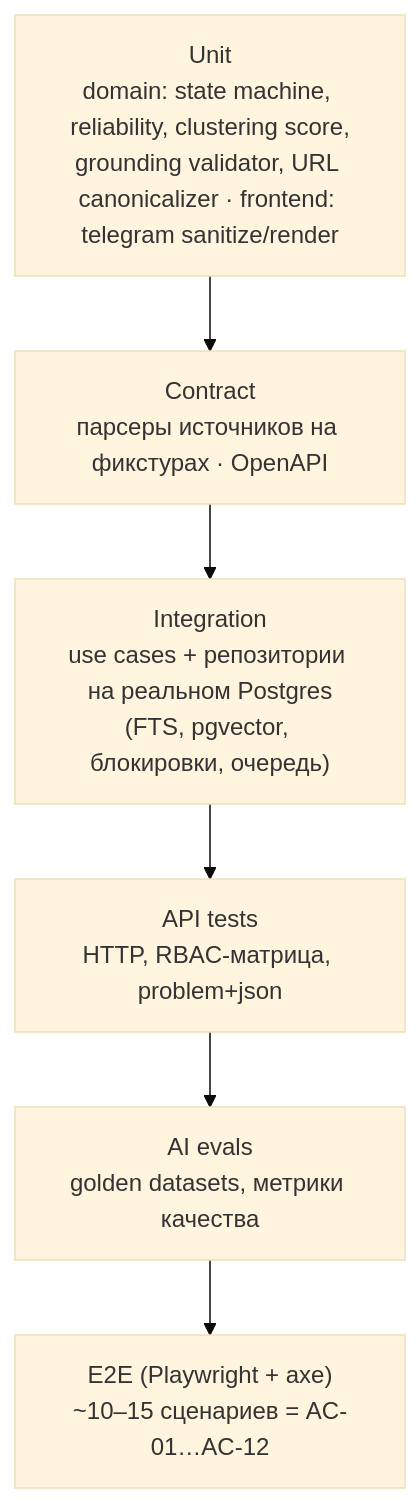
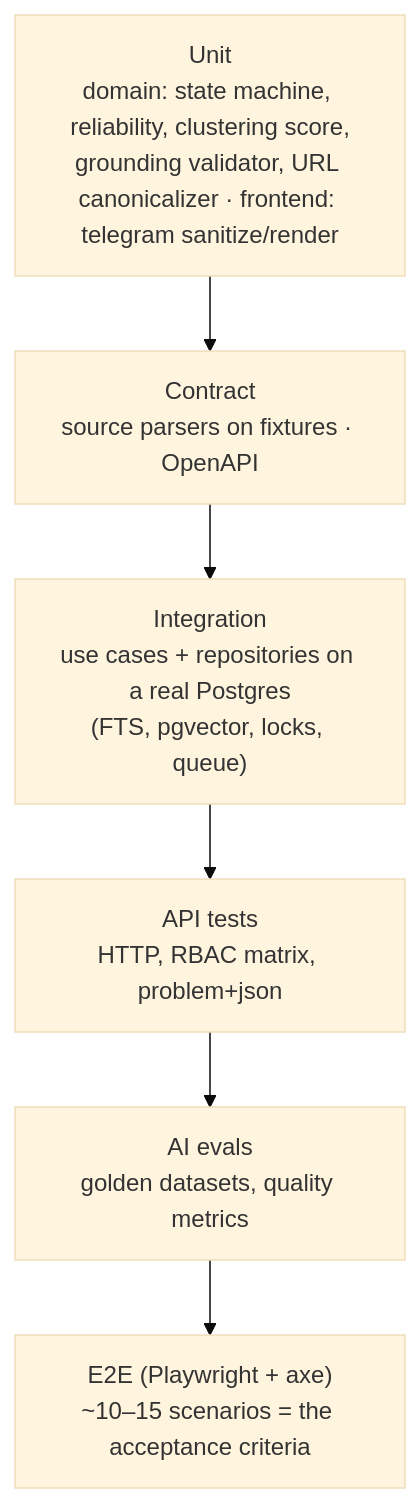
Before and after one commit to notLeri/sportintel: diagram 13 of 13 in docs/ARCHITECTURE.md, drawn with Mermaid (base theme). The commit also changed other lines of this file and 13 other files, not shown here.

Commit message:
docs: translate architecture doc and API descriptions to English

````diff
--- a/docs/ARCHITECTURE.md
+++ b/docs/ARCHITECTURE.md
@@ -1761,10 +1761,10 @@
 ```mermaid
 flowchart TB
-  E2E["E2E (Playwright + axe)<br/>~10–15 сценариев = AC-01…AC-12"]
-  EVAL["AI evals<br/>golden datasets, метрики качества"]
-  API["API tests<br/>HTTP, RBAC-матрица, problem+json"]
-  INT["Integration<br/>use cases + репозитории на реальном Postgres<br/>(FTS, pgvector, блокировки, очередь)"]
-  CON["Contract<br/>парсеры источников на фикстурах · OpenAPI"]
+  E2E["E2E (Playwright + axe)<br/>~10–15 scenarios = the acceptance criteria"]
+  EVAL["AI evals<br/>golden datasets, quality metrics"]
+  API["API tests<br/>HTTP, RBAC matrix, problem+json"]
+  INT["Integration<br/>use cases + repositories on a real Postgres<br/>(FTS, pgvector, locks, queue)"]
+  CON["Contract<br/>source parsers on fixtures · OpenAPI"]
   UNIT["Unit<br/>domain: state machine, reliability, clustering score,<br/>grounding validator, URL canonicalizer · frontend: telegram sanitize/render"]
   UNIT --> CON --> INT --> API --> EVAL --> E2E
 ```
````
